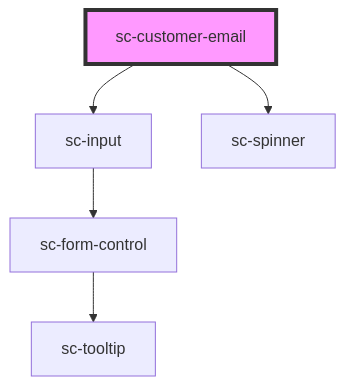
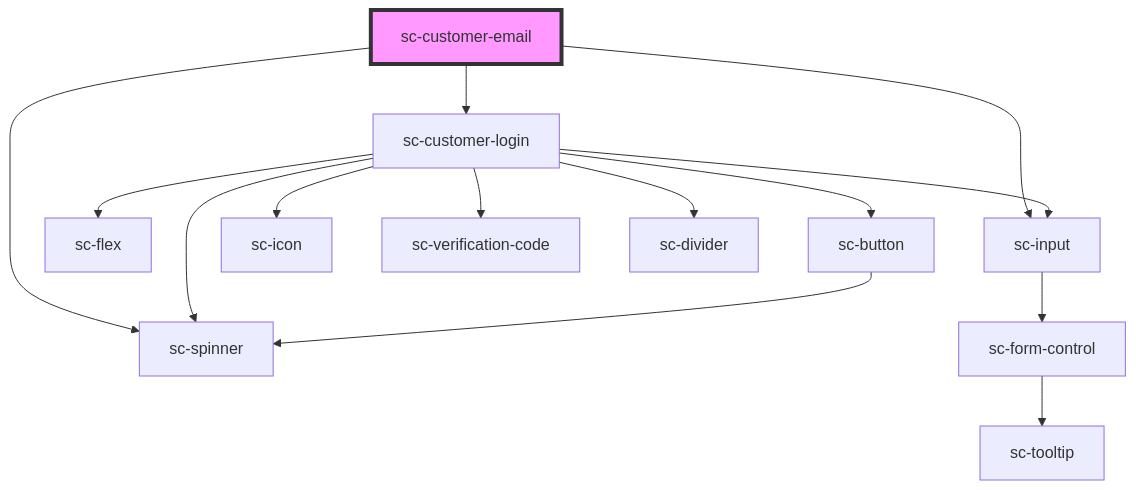
The diagram in packages/components/src/components/controllers/checkout-form/customer-email/readme.md (surecart/surecart-wp-plugin), drawn with Mermaid before and after one commit. The commit also changed other lines of this file and 15 other files, not shown here.

Commit message:
Customer Verification handlers

````diff
--- a/packages/components/src/components/controllers/checkout-form/customer-email/readme.md
+++ b/packages/components/src/components/controllers/checkout-form/customer-email/readme.md
@@ -64,8 +64,17 @@
 ```mermaid
 graph TD;
+  sc-customer-email --> sc-customer-login
   sc-customer-email --> sc-input
   sc-customer-email --> sc-spinner
+  sc-customer-login --> sc-flex
+  sc-customer-login --> sc-input
+  sc-customer-login --> sc-button
+  sc-customer-login --> sc-icon
+  sc-customer-login --> sc-verification-code
+  sc-customer-login --> sc-spinner
+  sc-customer-login --> sc-divider
   sc-input --> sc-form-control
   sc-form-control --> sc-tooltip
+  sc-button --> sc-spinner
   style sc-customer-email fill:#f9f,stroke:#333,stroke-width:4px
 ```
````
